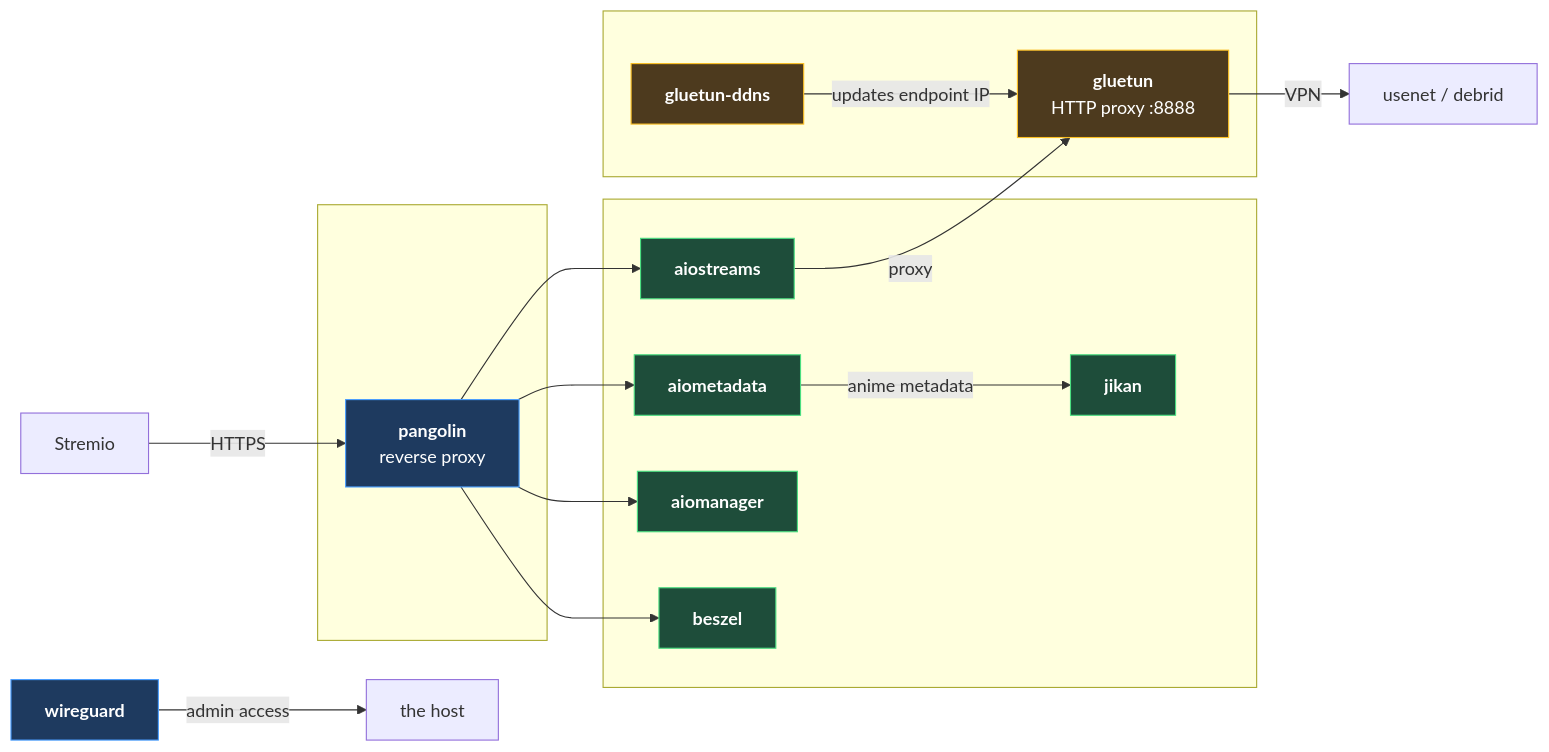
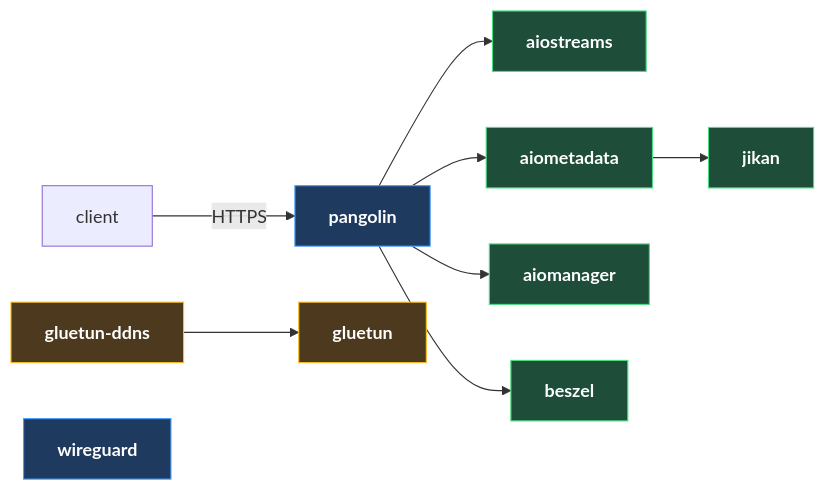
Before and after one commit to ilariima/usenet-streaming-guide: the diagram in README.md, drawn with Mermaid. The commit also changed other lines of this file and 7 other files, not shown here.

First line of the commit message:
Fix Dockhand .env instructions, correct the diagram, list values to replace

````diff
--- a/README.md
+++ b/README.md
@@ -14,38 +14,22 @@
 ```mermaid
 flowchart LR
-    user["Stremio"] -->|HTTPS| pangolin
+    client["client"] -->|HTTPS| pangolin["<b>pangolin</b>"]
 
-    subgraph edge [" "]
-        pangolin["<b>pangolin</b><br/>reverse proxy"]
-    end
+    pangolin --> aiostreams["<b>aiostreams</b>"]
+    pangolin --> aiometadata["<b>aiometadata</b>"]
+    pangolin --> aiomanager["<b>aiomanager</b>"]
+    pangolin --> beszel["<b>beszel</b>"]
 
-    subgraph services [" "]
-        aiostreams["<b>aiostreams</b>"]
-        aiometadata["<b>aiometadata</b>"]
-        jikan["<b>jikan</b>"]
-        aiomanager["<b>aiomanager</b>"]
-        beszel["<b>beszel</b>"]
-    end
+    aiometadata --> jikan["<b>jikan</b>"]
 
-    subgraph vpn [" "]
-        gluetun["<b>gluetun</b><br/>HTTP proxy :8888"]
-        ddns["<b>gluetun-ddns</b>"]
-    end
+    ddns["<b>gluetun-ddns</b>"] --> gluetun["<b>gluetun</b>"]
 
-    pangolin --> aiostreams
-    pangolin --> aiometadata
-    pangolin --> aiomanager
-    pangolin --> beszel
-    aiostreams -->|proxy| gluetun
-    aiometadata -->|"anime metadata"| jikan
-    gluetun -->|VPN| providers["usenet / debrid"]
-    ddns -->|"updates endpoint IP"| gluetun
-    wg["<b>wireguard</b>"] -->|admin access| host["the host"]
+    wireguard["<b>wireguard</b>"]
 
     classDef s fill:#1e4d3a,stroke:#4ade80,color:#fff
     classDef v fill:#4d3a1e,stroke:#fbbf24,color:#fff
     classDef e fill:#1e3a5f,stroke:#4a9eff,color:#fff
     class aiostreams,aiometadata,jikan,aiomanager,beszel s
     class gluetun,ddns v
-    class pangolin,wg e
+    class pangolin,wireguard e
 ```
````
